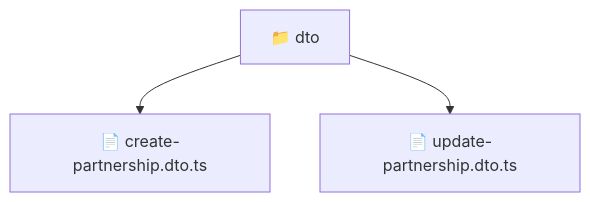
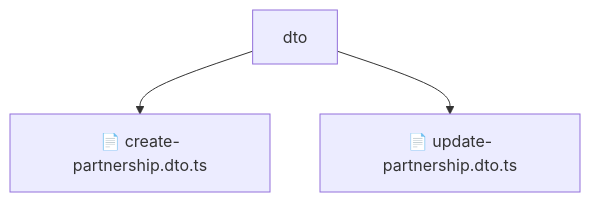
The diagram in backend/src/modules/partnership/presentation/dto/README.md (beginwebdev2002/fullstack-mavluda), drawn with Mermaid before and after one commit. The commit also changed other lines of this file and 155 other files, not shown here.

````diff
--- a/backend/src/modules/partnership/presentation/dto/README.md
+++ b/backend/src/modules/partnership/presentation/dto/README.md
@@ -10,6 +14,6 @@
 ```mermaid
 graph TD
-  Root["📁 dto"]
-  Root --> createpartnershipdtots["📄 create-partnership.dto.ts"]
-  Root --> updatepartnershipdtots["📄 update-partnership.dto.ts"]
+    Root[dto]
+    Root --> F0[📄 create-partnership.dto.ts]
+    Root --> F1[📄 update-partnership.dto.ts]
 ```
````
